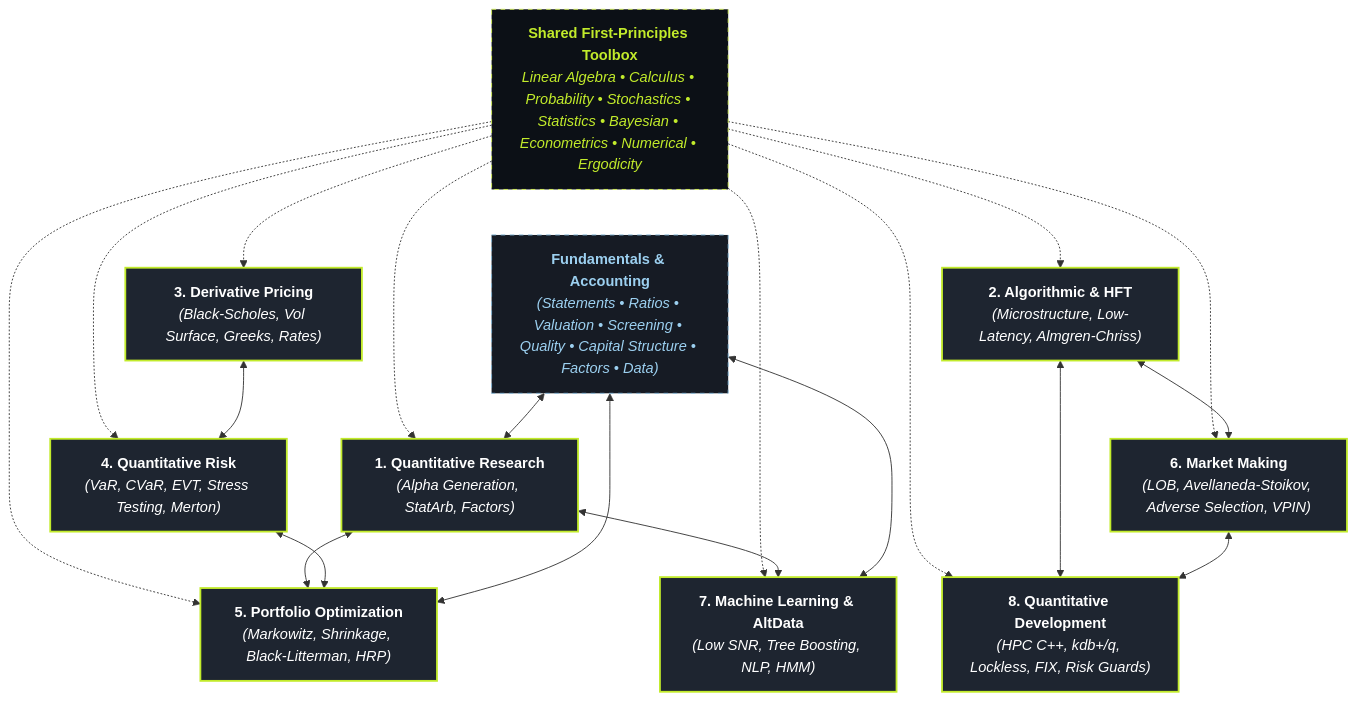
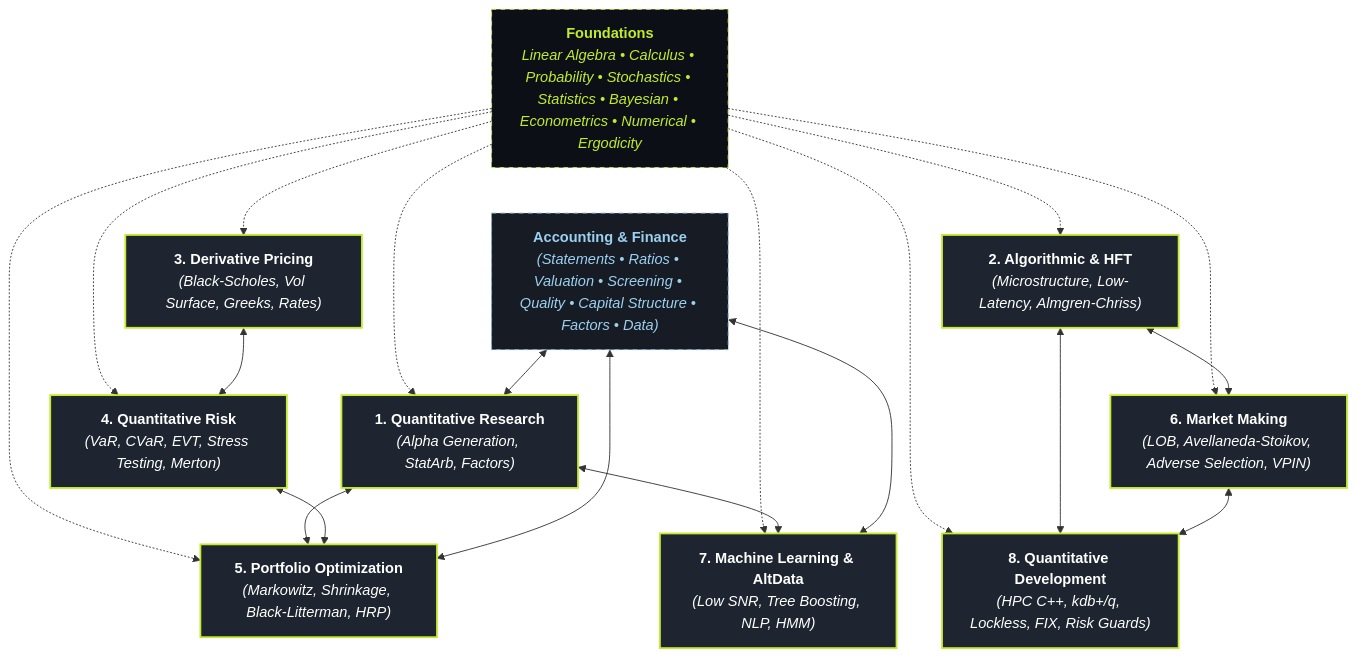
Before and after one commit to kwantklubben/kwant-atlas: the diagram in content/index.md, drawn with Mermaid. The commit also changed other lines of this file and 13 other files, not shown here.

````diff
--- a/content/index.md
+++ b/content/index.md
@@ -34,42 +34,42 @@
 ```mermaid
 graph TD
     QR["<b>1. Quantitative Research</b><br/><i>(Alpha Generation, StatArb, Factors)</i>"]
     HFT["<b>2. Algorithmic & HFT</b><br/><i>(Microstructure, Low-Latency, Almgren-Chriss)</i>"]
     DP["<b>3. Derivative Pricing</b><br/><i>(Black-Scholes, Vol Surface, Greeks, Rates)</i>"]
     QRisk["<b>4. Quantitative Risk</b><br/><i>(VaR, CVaR, EVT, Stress Testing, Merton)</i>"]
     PO["<b>5. Portfolio Optimization</b><br/><i>(Markowitz, Shrinkage, Black-Litterman, HRP)</i>"]
     MM["<b>6. Market Making</b><br/><i>(LOB, Avellaneda-Stoikov, Adverse Selection, VPIN)</i>"]
     ML["<b>7. Machine Learning & AltData</b><br/><i>(Low SNR, Tree Boosting, NLP, HMM)</i>"]
     QD["<b>8. Quantitative Development</b><br/><i>(HPC C++, kdb+/q, Lockless, FIX, Risk Guards)</i>"]
 
-    F["<b>Shared First-Principles Toolbox</b><br/><i>Linear Algebra • Calculus • Probability • Stochastics • Statistics • Bayesian • Econometrics • Numerical • Ergodicity</i>"]
+    F["<b>Foundations</b><br/><i>Linear Algebra • Calculus • Probability • Stochastics • Statistics • Bayesian • Econometrics • Numerical • Ergodicity</i>"]
 
-    FA["<b>Fundamentals & Accounting</b><br/><i>(Statements • Ratios • Valuation • Screening • Quality • Capital Structure • Factors • Data)</i>"]
+    FA["<b>Accounting & Finance</b><br/><i>(Statements • Ratios • Valuation • Screening • Quality • Capital Structure • Factors • Data)</i>"]
 
     F -.-> QR
     F -.-> HFT
     F -.-> DP
     F -.-> QRisk
     F -.-> PO
     F -.-> MM
     F -.-> ML
     F -.-> QD
 
     QR <--> PO
     QR <--> ML
     HFT <--> MM
     HFT <--> QD
     DP <--> QRisk
     MM <--> QD
     QRisk <--> PO
     FA <--> QR
     FA <--> PO
     FA <--> ML
 
     classDef pillar fill:#1E2530,stroke:#C2EB2B,stroke-width:2px,color:#FFFFFF;
     classDef foundation fill:#0C1016,stroke:#D5F25A,stroke-width:1px,stroke-dasharray: 5 5,color:#C2EB2B;
     classDef crosscut fill:#161B24,stroke:#7FB3D5,stroke-width:1px,stroke-dasharray: 5 5,color:#9CD0F0;
     class QR,HFT,DP,QRisk,PO,MM,ML,QD pillar;
     class F foundation;
     class FA crosscut;
 ```
````
